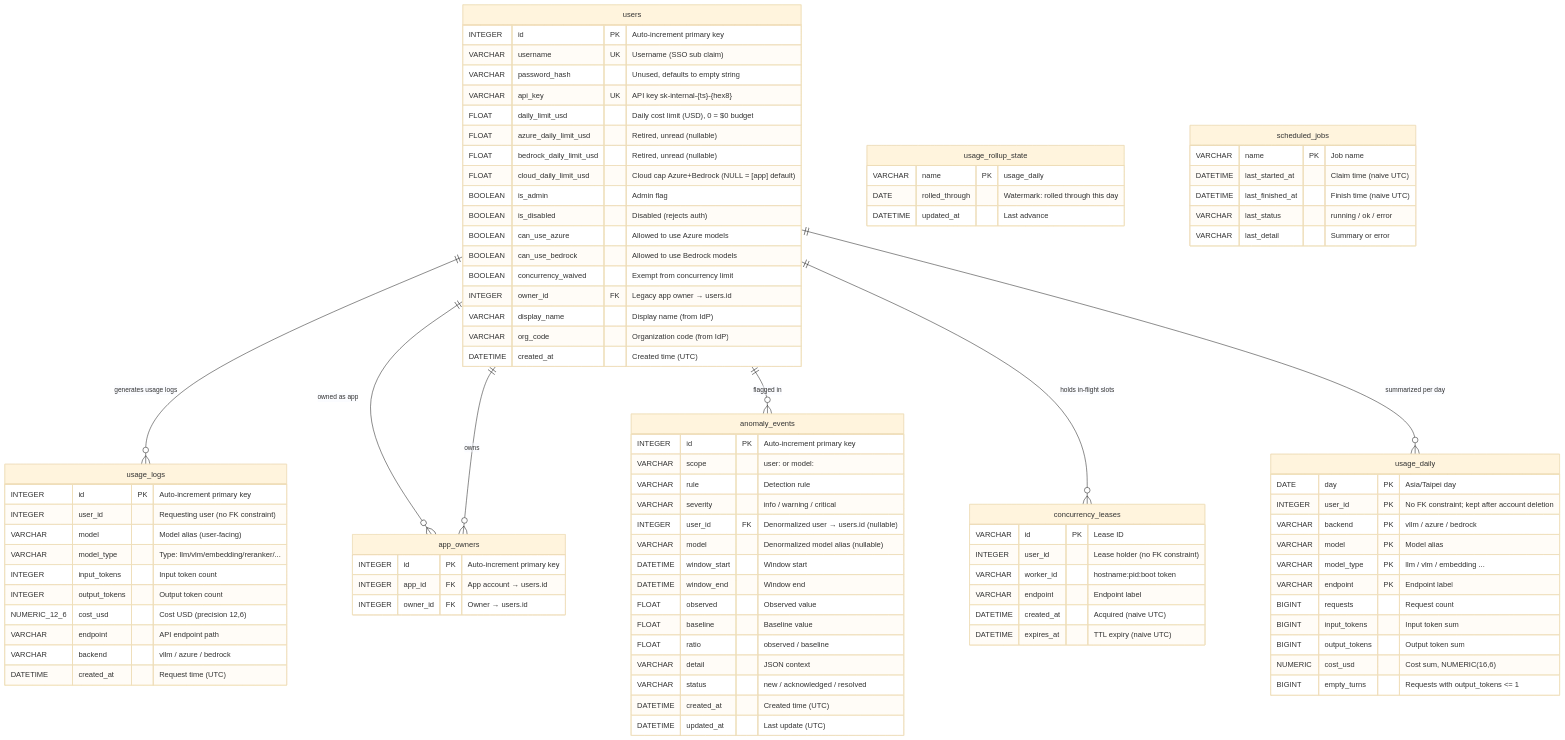
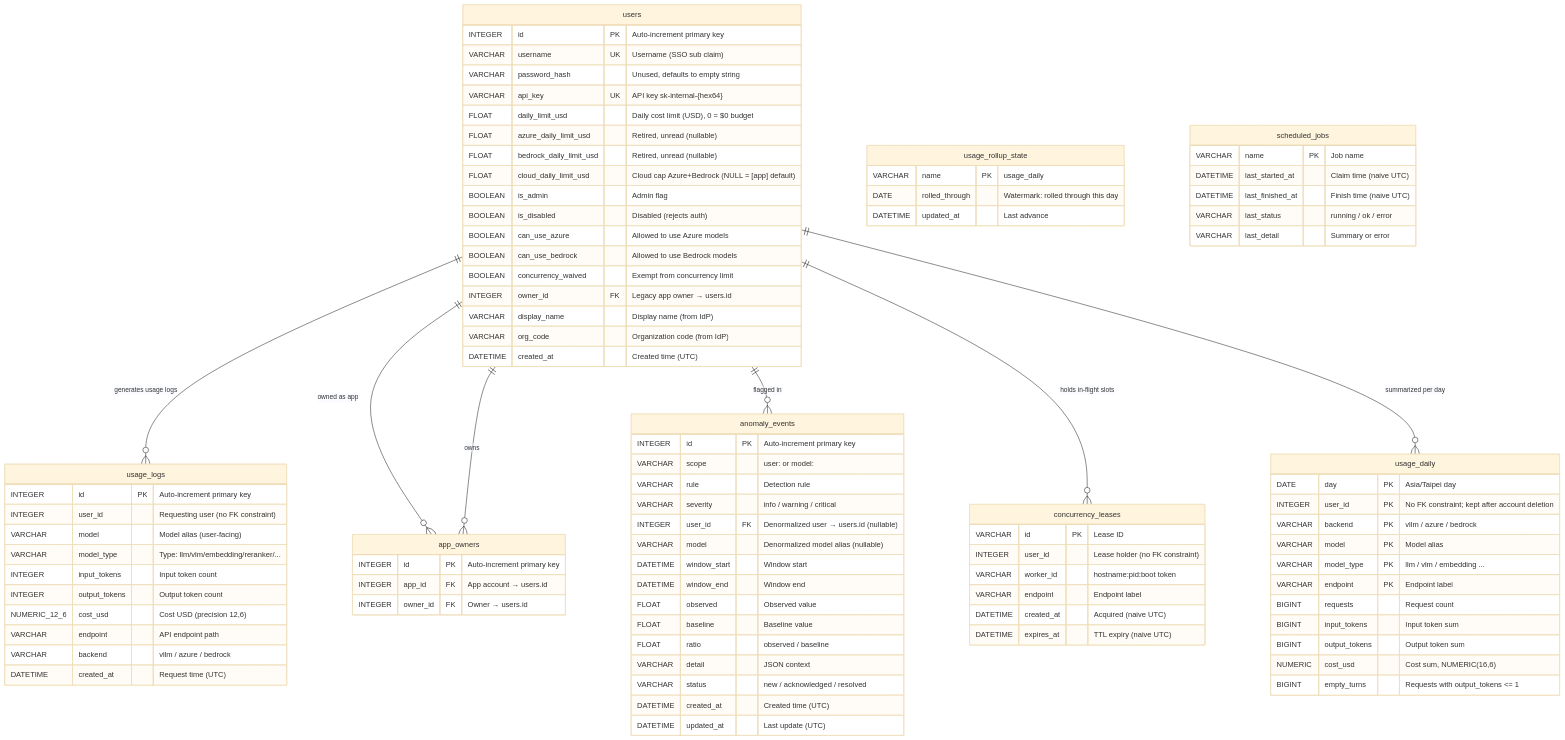
The first of 3 diagrams in app/models/README.md (bwinken/llm-gateway), drawn with Mermaid (base theme) before and after one commit. The commit also changed other lines of this file and 14 other files, not shown here.

```diff
--- a/app/models/README.md
+++ b/app/models/README.md
@@ -18,7 +18,7 @@
         INTEGER id PK "Auto-increment primary key"
         VARCHAR username UK "Username (SSO sub claim)"
         VARCHAR password_hash "Unused, defaults to empty string"
-        VARCHAR api_key UK "API key sk-internal-{ts}-{hex8}"
+        VARCHAR api_key UK "API key sk-internal-{hex64}"
         FLOAT daily_limit_usd "Daily cost limit (USD), 0 = $0 budget"
         FLOAT azure_daily_limit_usd "Retired, unread (nullable)"
         FLOAT bedrock_daily_limit_usd "Retired, unread (nullable)"
```
